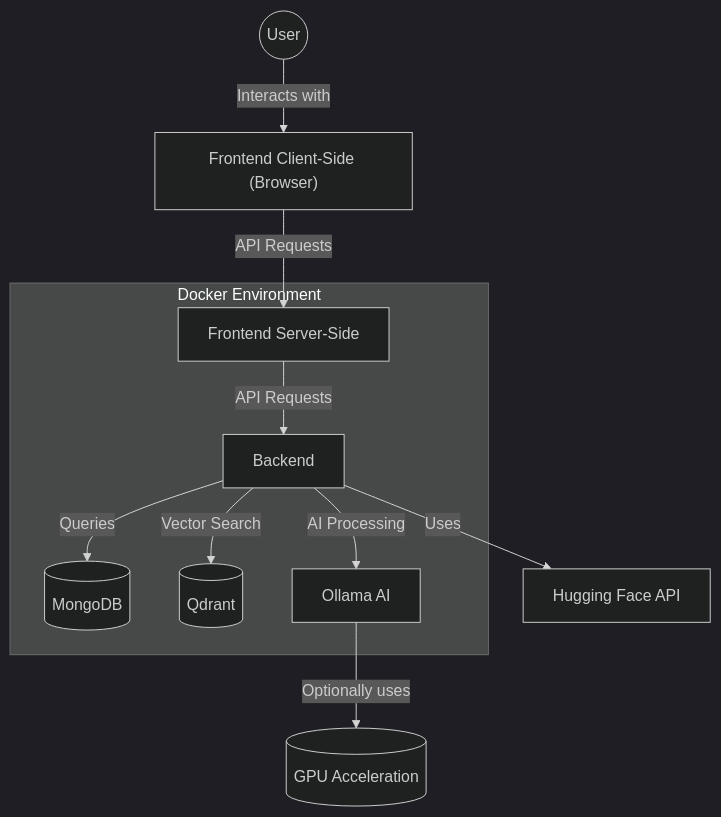
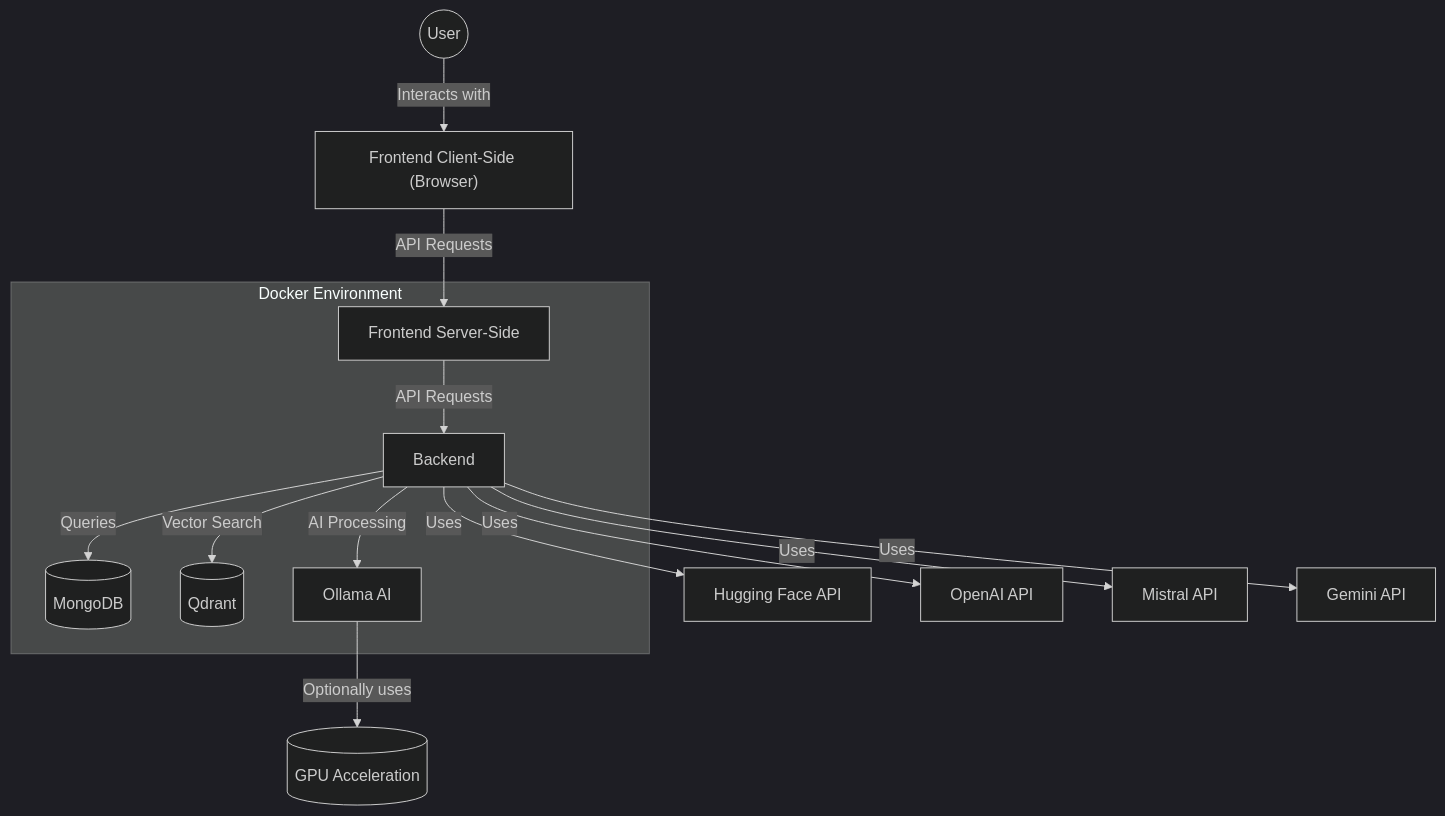
The diagram in readme.md (CITIUS-iRiA-eRisk/Chatty), drawn with Mermaid (dark theme) before and after one commit.

````diff
--- a/readme.md
+++ b/readme.md
@@ -6,27 +6,33 @@
 ```mermaid
 graph TD
     %% Usuario interactuando con el sistema
     User((User)) -->|Interacts with| ClientSide["Frontend Client-Side (Browser)"]
     ClientSide -->|API Requests| ServerSide["Frontend Server-Side"]
 
     %% Comunicación entre frontend y backend
     ServerSide -->|API Requests| Backend
 
     %% Backend interactuando con servicios
     Backend -->|Queries| MongoDB[(MongoDB)]
     Backend -->|Vector Search| Qdrant[(Qdrant)]
     Backend -->|AI Processing| Ollama["Ollama AI"]
     Backend -->|Uses| HF["Hugging Face API"]
+    
+    %% Uso de otras APIs de AI
+    Backend -->|Uses| OpenAI["OpenAI API"]
+    Backend -->|Uses| Mistral["Mistral API"]
+    Backend -->|Uses| Gemini["Gemini API"]
+
     Ollama -->|Optionally uses| GPU[(GPU Acceleration)]
 
     %% Agrupar en entorno Docker
     subgraph "Docker Environment"
         ServerSide["Frontend Server-Side"]
         Backend
         MongoDB[(MongoDB)]
         Qdrant[(Qdrant)]
         Ollama["Ollama AI"]
     end
 
 
 ```
````
